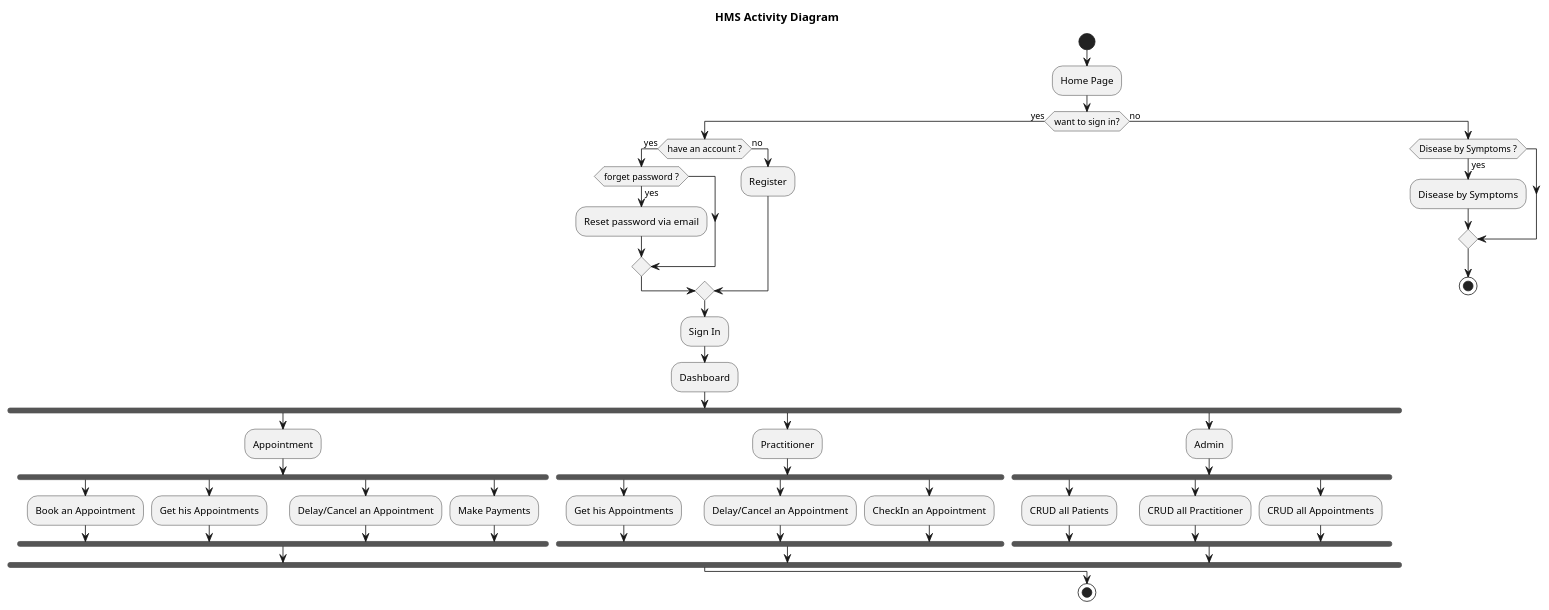
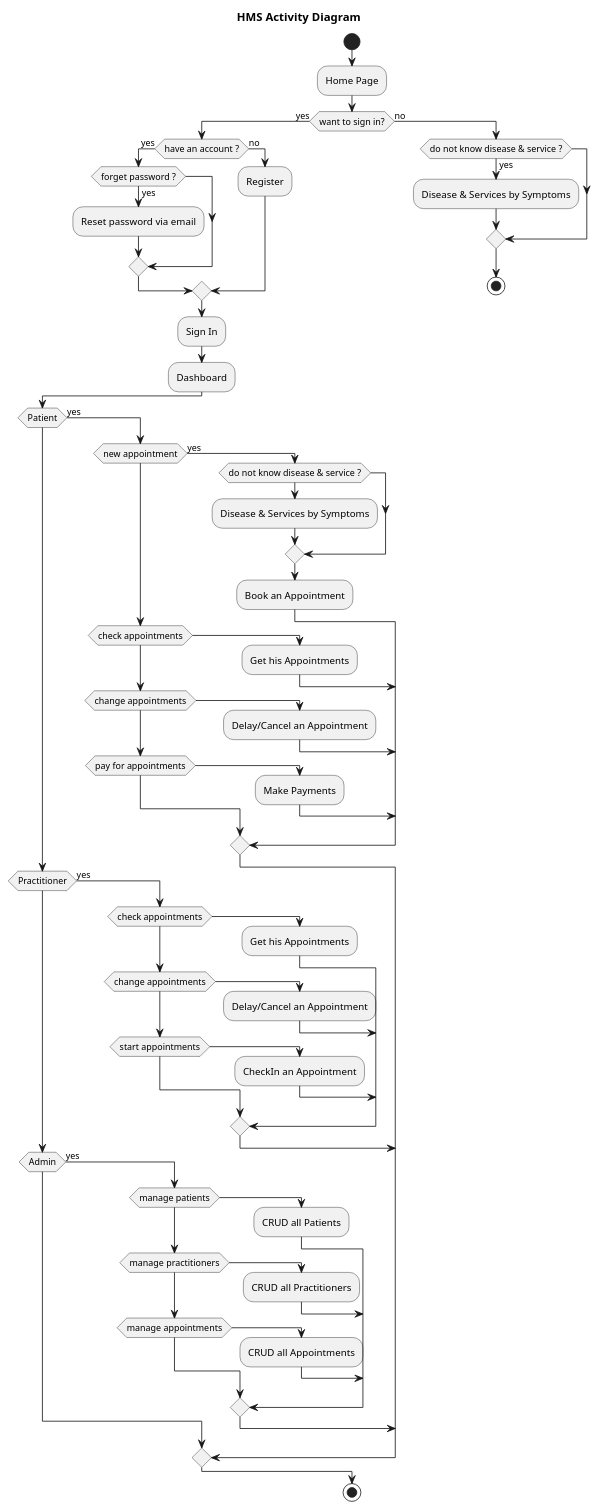
Before and after one commit to tdnguyen6/hms-PERN: the diagram in src/client/public/docs/diagrams/src/activity_system.puml, drawn with PlantUML. The commit also changed 24 other files, not shown here.

```diff
--- a/src/client/public/docs/diagrams/src/activity_system.puml
+++ b/src/client/public/docs/diagrams/src/activity_system.puml
@@ -1,52 +1,53 @@
 @startuml
+!pragma useVerticalIf on
 title HMS Activity Diagram
 start
 :Home Page;
 if (want to sign in?) then (yes)
     if (have an account ?) then (yes)
         if (forget password ?) then (yes)
             :Reset password via email;
         endif
     else (no)
         :Register;
     endif
     :Sign In;
     :Dashboard;
-    fork
-        :Appointment;
-            fork
-                :Book an Appointment;
-            fork again
-                :Get his Appointments;
-            fork again
-                :Delay/Cancel an Appointment;
-            fork again
-                :Make Payments;
-            end fork
-    fork again
-        :Practitioner;
-            fork
-                :Get his Appointments;
-            fork again
-                :Delay/Cancel an Appointment;
-            fork again
-                :CheckIn an Appointment;
-            end fork
-    fork again
-        :Admin;
-            fork
-                :CRUD all Patients;
-            fork again
-                :CRUD all Practitioner;
-            fork again
-                :CRUD all Appointments;
-            end fork
-    end fork
+    if (Patient) then (yes)
+        if (new appointment) then (yes)
+            if (do not know disease & service ?)
+                :Disease & Services by Symptoms;
+             endif
+            :Book an Appointment;
+        elseif (check appointments)
+            :Get his Appointments;
+        elseif (change appointments)
+            :Delay/Cancel an Appointment;
+        elseif (pay for appointments)
+            :Make Payments;
+        endif
+    elseif (Practitioner) then (yes)
+        if (check appointments)
+            :Get his Appointments;
+         elseif (change appointments)
+            :Delay/Cancel an Appointment;
+        elseif (start appointments)
+            :CheckIn an Appointment;
+        endif
+    elseif (Admin) then (yes)
+        if (manage patients)
+            :CRUD all Patients;
+        elseif (manage practitioners)
+            :CRUD all Practitioners;
+        elseif (manage appointments)
+            :CRUD all Appointments;
+        endif
+    endif
 else (no)
-    if (Disease by Symptoms ?) then (yes)
-        :Disease by Symptoms;
+    if (do not know disease & service ?) then (yes)
+        :Disease & Services by Symptoms;
     endif
     stop
 endif
 stop
 @enduml
```
